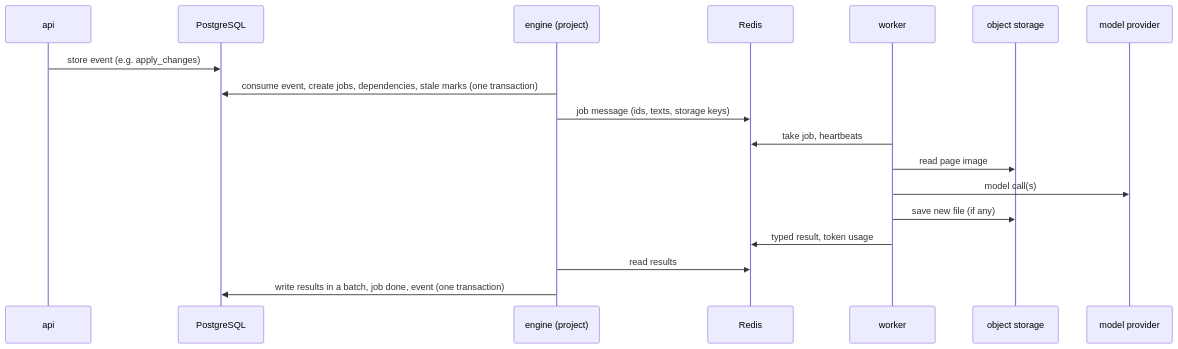
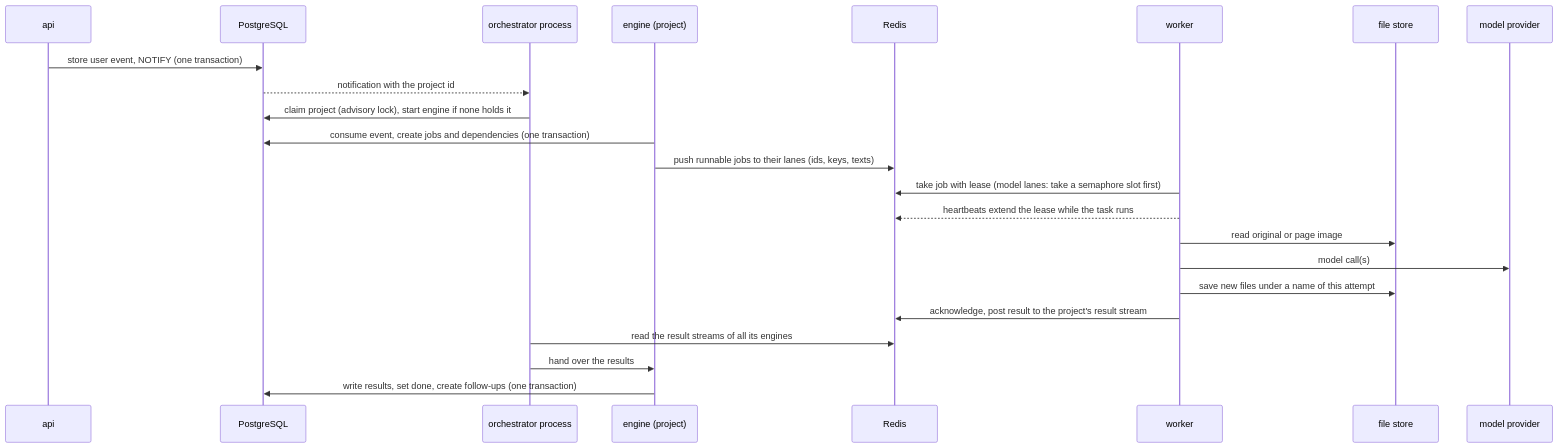
One commit to thomaselmer/sibp-infos changed the fourth of 6 diagrams in docs/Architecture.md. Above: the diagram before and after it, drawn with Mermaid. The commit also changed other lines of this file and 2 other files, not shown here.

Commit message:
Architecture v25: diagrams of the runtime, proof-of-concept notes for api and frontend; T-4 next step

````diff
--- a/docs/Architecture.md
+++ b/docs/Architecture.md
@@ -215,20 +247,25 @@
 ```mermaid
 sequenceDiagram
   participant API as api
   participant DB as PostgreSQL
+  participant ORC as orchestrator process
   participant ENG as engine (project)
   participant R as Redis
   participant W as worker
-  participant OS as object storage
+  participant FS as file store
   participant M as model provider
-  API->>DB: store event (e.g. apply_changes)
-  ENG->>DB: consume event, create jobs, dependencies, stale marks (one transaction)
-  ENG->>R: job message (ids, texts, storage keys)
-  W->>R: take job, heartbeats
-  W->>OS: read page image
+  API->>DB: store user event, NOTIFY (one transaction)
+  DB-->>ORC: notification with the project id
+  ORC->>DB: claim project (advisory lock), start engine if none holds it
+  ENG->>DB: consume event, create jobs and dependencies (one transaction)
+  ENG->>R: push runnable jobs to their lanes (ids, keys, texts)
+  W->>R: take job with lease (model lanes: take a semaphore slot first)
+  W-->>R: heartbeats extend the lease while the task runs
+  W->>FS: read original or page image
   W->>M: model call(s)
-  W->>OS: save new file (if any)
-  W->>R: typed result, token usage
-  ENG->>R: read results
-  ENG->>DB: write results in a batch, job done, event (one transaction)
+  W->>FS: save new files under a name of this attempt
+  W->>R: acknowledge, post result to the project's result stream
+  ORC->>R: read the result streams of all its engines
+  ORC->>ENG: hand over the results
+  ENG->>DB: write results, set done, create follow-ups (one transaction)
 ```
````
